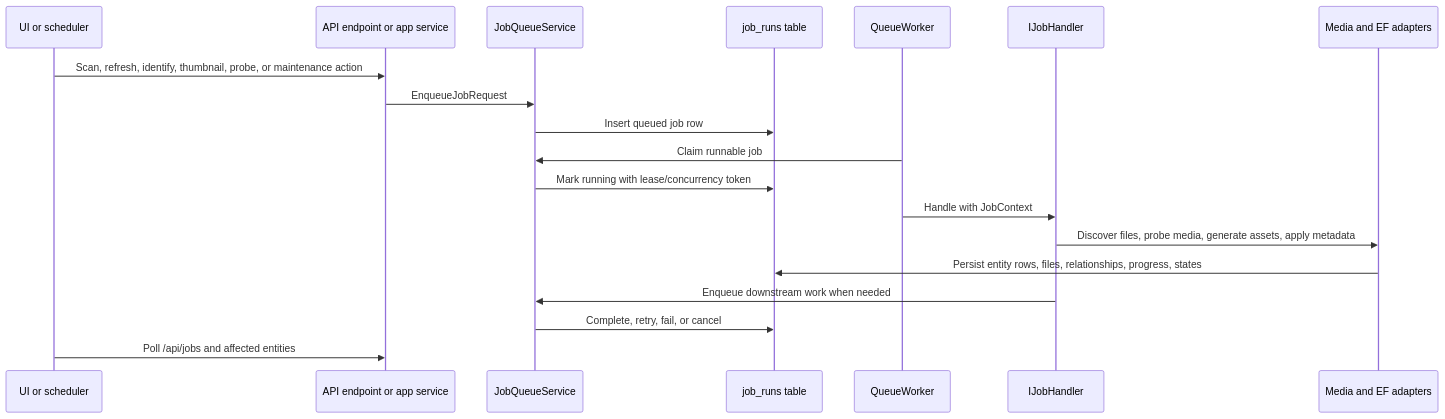
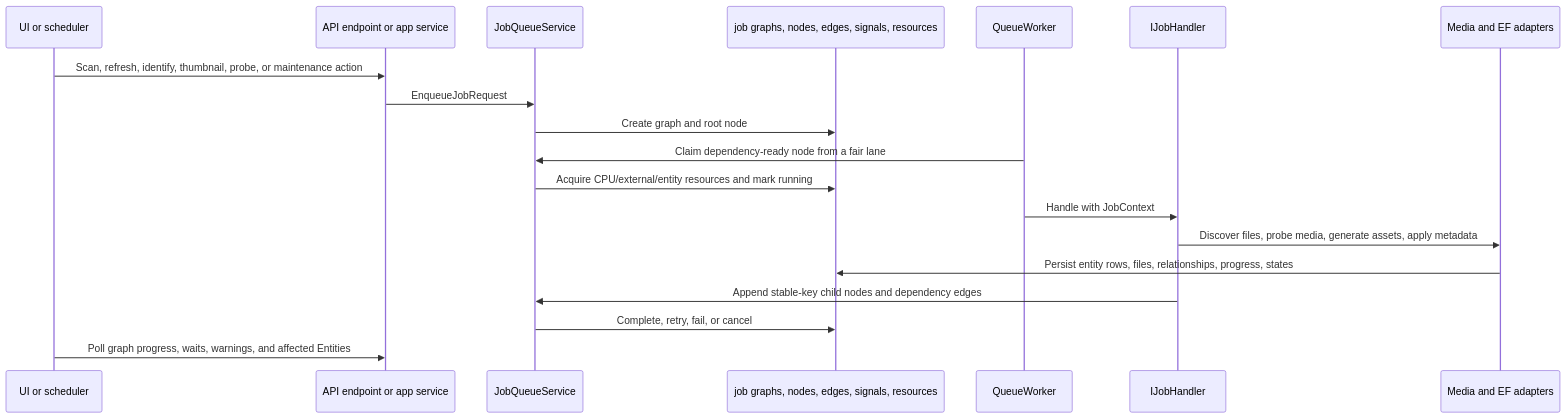
The sixth of 12 diagrams in documentation-site/docs/developers/codebase-flow.md (pauljoda/Prismedia), drawn with Mermaid before and after one commit. The commit also changed other lines of this file and 8 other files, not shown here.

Commit message:
docs: document durable job graph architecture

````diff
--- a/documentation-site/docs/developers/codebase-flow.md
+++ b/documentation-site/docs/developers/codebase-flow.md
@@ -190,22 +190,22 @@
 ```mermaid
 sequenceDiagram
   participant UI as UI or scheduler
   participant API as API endpoint or app service
   participant Queue as JobQueueService
-  participant Db as job_runs table
+  participant Db as job graphs, nodes, edges, signals, resources
   participant Worker as QueueWorker
   participant Handler as IJobHandler
   participant Infra as Media and EF adapters
 
   UI->>API: Scan, refresh, identify, thumbnail, probe, or maintenance action
   API->>Queue: EnqueueJobRequest
-  Queue->>Db: Insert queued job row
-  Worker->>Queue: Claim runnable job
-  Queue->>Db: Mark running with lease/concurrency token
+  Queue->>Db: Create graph and root node
+  Worker->>Queue: Claim dependency-ready node from a fair lane
+  Queue->>Db: Acquire CPU/external/entity resources and mark running
   Worker->>Handler: Handle with JobContext
   Handler->>Infra: Discover files, probe media, generate assets, apply metadata
   Infra->>Db: Persist entity rows, files, relationships, progress, states
-  Handler->>Queue: Enqueue downstream work when needed
+  Handler->>Queue: Append stable-key child nodes and dependency edges
   Queue->>Db: Complete, retry, fail, or cancel
-  UI->>API: Poll /api/jobs and affected entities
+  UI->>API: Poll graph progress, waits, warnings, and affected Entities
 ```
````
